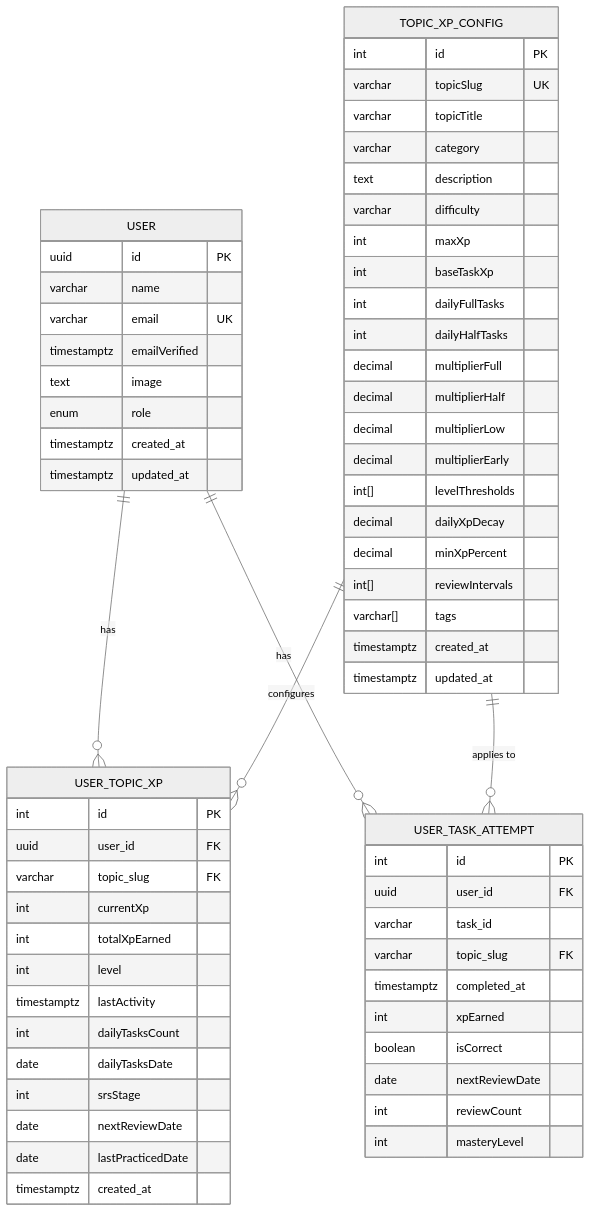
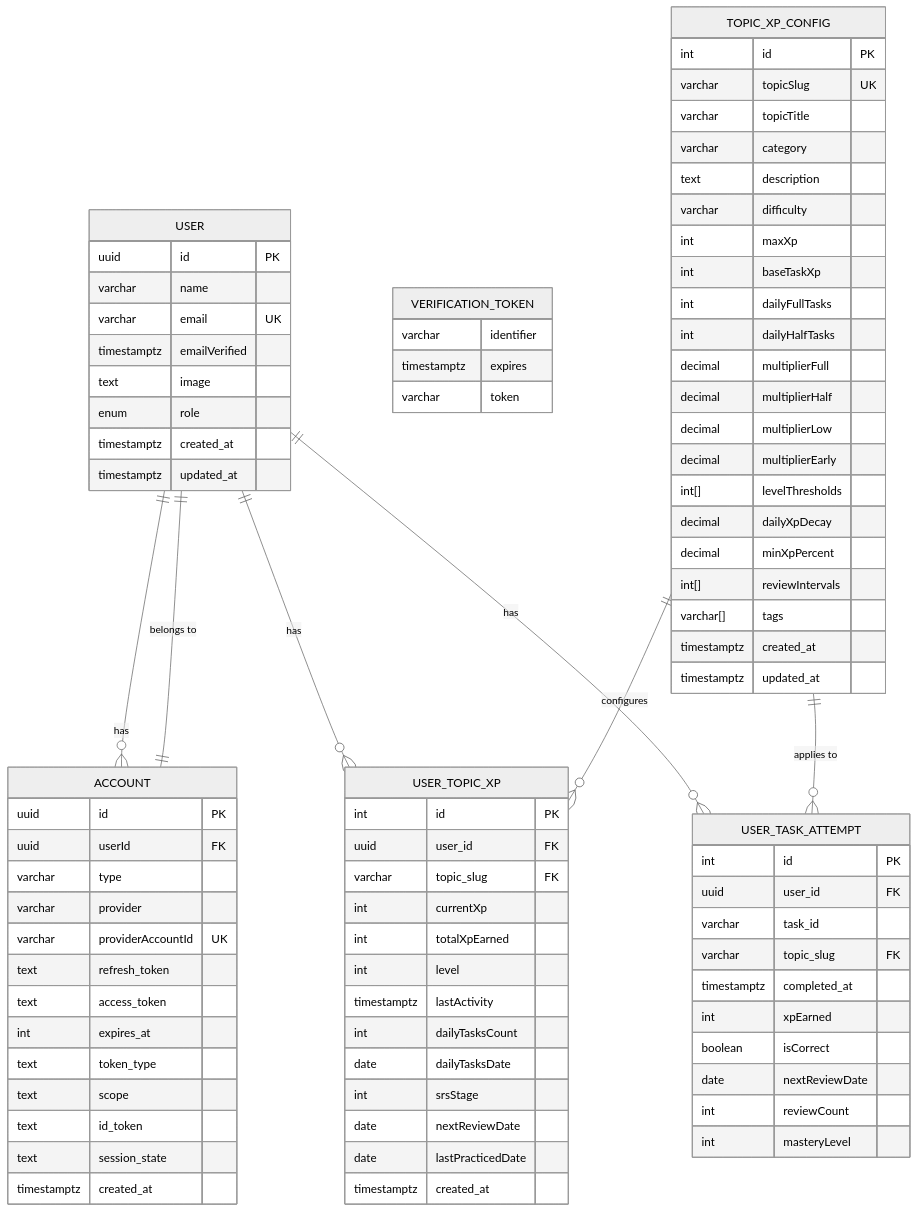
Before and after one commit to AlexKutz/math-app-next-js: the second of 7 diagrams in .qoder/repowiki/en/content/Database Design.md, drawn with Mermaid (neutral theme). The commit also changed other lines of this file and 125 other files, not shown here.

````diff
--- a/.qoder/repowiki/en/content/Database Design.md
+++ b/.qoder/repowiki/en/content/Database Design.md
@@ -137,6 +161,26 @@
 enum role
 timestamptz created_at
 timestamptz updated_at
+}
+ACCOUNT {
+uuid id PK
+uuid userId FK
+varchar type
+varchar provider
+varchar providerAccountId UK
+text refresh_token
+text access_token
+int expires_at
+text token_type
+text scope
+text id_token
+text session_state
+timestamptz created_at
+}
+VERIFICATION_TOKEN {
+varchar identifier
+timestamptz expires
+varchar token
 }
 TOPIC_XP_CONFIG {
 int id PK
@@ -188,8 +232,10 @@
 int reviewCount
 int masteryLevel
 }
+USER ||--o{ ACCOUNT : "has"
 USER ||--o{ USER_TOPIC_XP : "has"
 USER ||--o{ USER_TASK_ATTEMPT : "has"
+ACCOUNT ||--|| USER : "belongs to"
 TOPIC_XP_CONFIG ||--o{ USER_TOPIC_XP : "configures"
 TOPIC_XP_CONFIG ||--o{ USER_TASK_ATTEMPT : "applies to"
 ```
````
